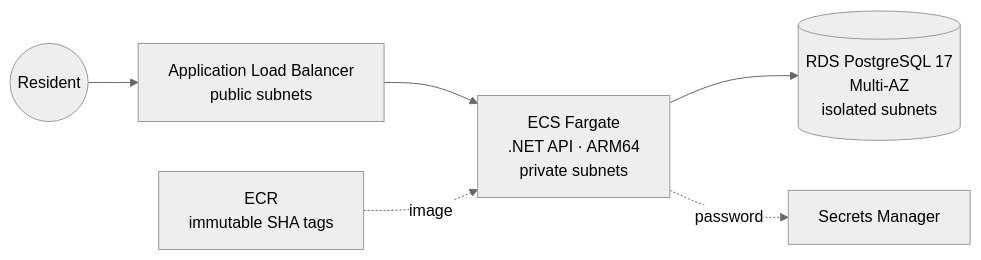
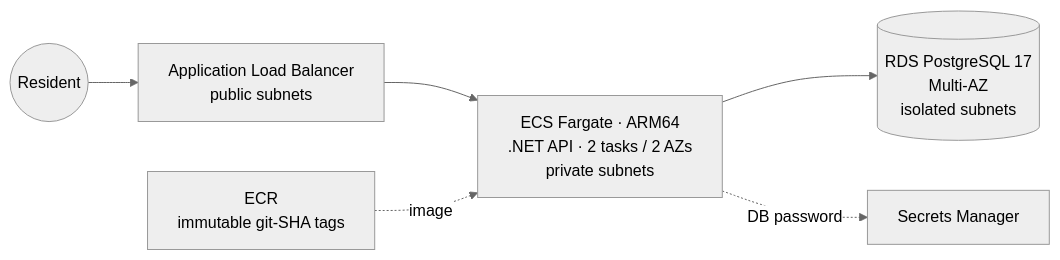
The diagram in README.md (Jay-Martinez-Cloud/property-tax-billing-aws), drawn with Mermaid (neutral theme) before and after one commit. The commit also changed other lines of this file, not shown here.

Commit message:
Add README: Steps 1-2 complete, architecture and screenshots

````diff
--- a/README.md
+++ b/README.md
@@ -9,8 +9,8 @@
 ```mermaid
 flowchart LR
     User((Resident)) --> ALB[Application Load Balancer<br/>public subnets]
-    ALB --> ECS[ECS Fargate<br/>.NET API · ARM64<br/>private subnets]
+    ALB --> ECS[ECS Fargate · ARM64<br/>.NET API · 2 tasks / 2 AZs<br/>private subnets]
     ECS --> RDS[(RDS PostgreSQL 17<br/>Multi-AZ<br/>isolated subnets)]
-    ECS -. password .-> SM[Secrets Manager]
-    ECR[ECR<br/>immutable SHA tags] -. image .-> ECS
+    ECS -. DB password .-> SM[Secrets Manager]
+    ECR[ECR<br/>immutable git-SHA tags] -. image .-> ECS
 ```
````
